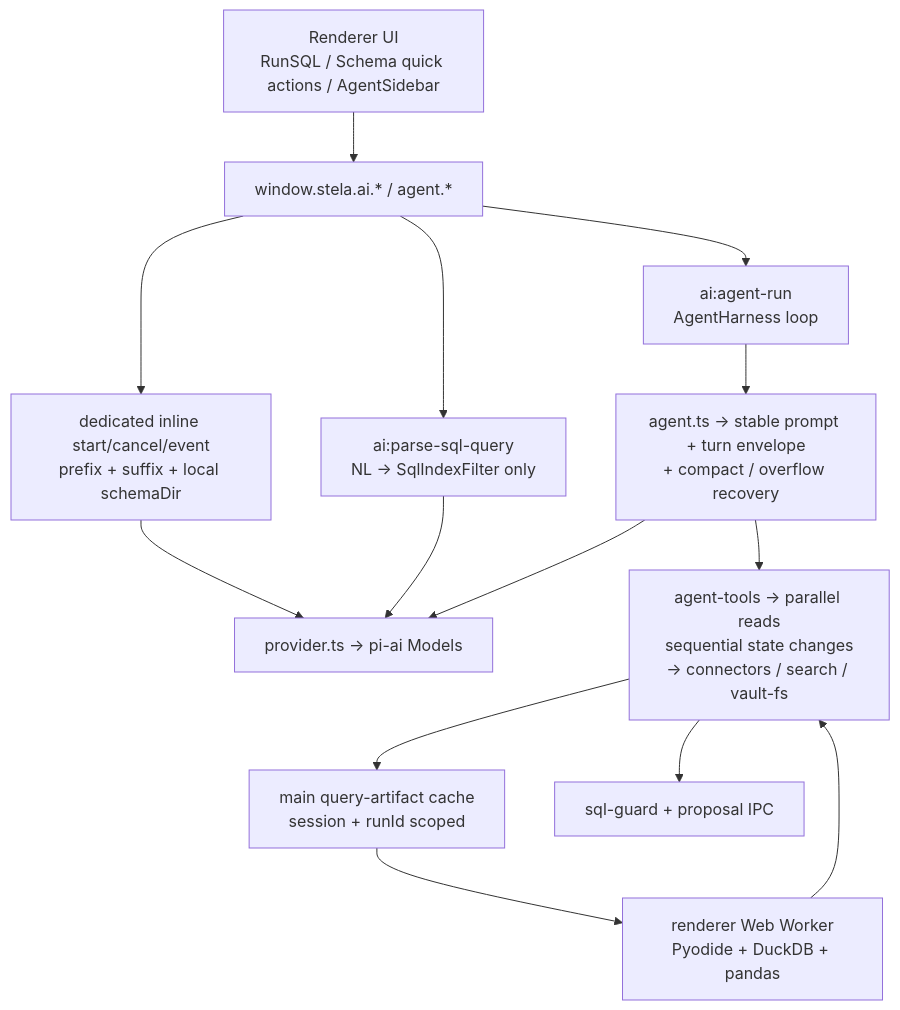
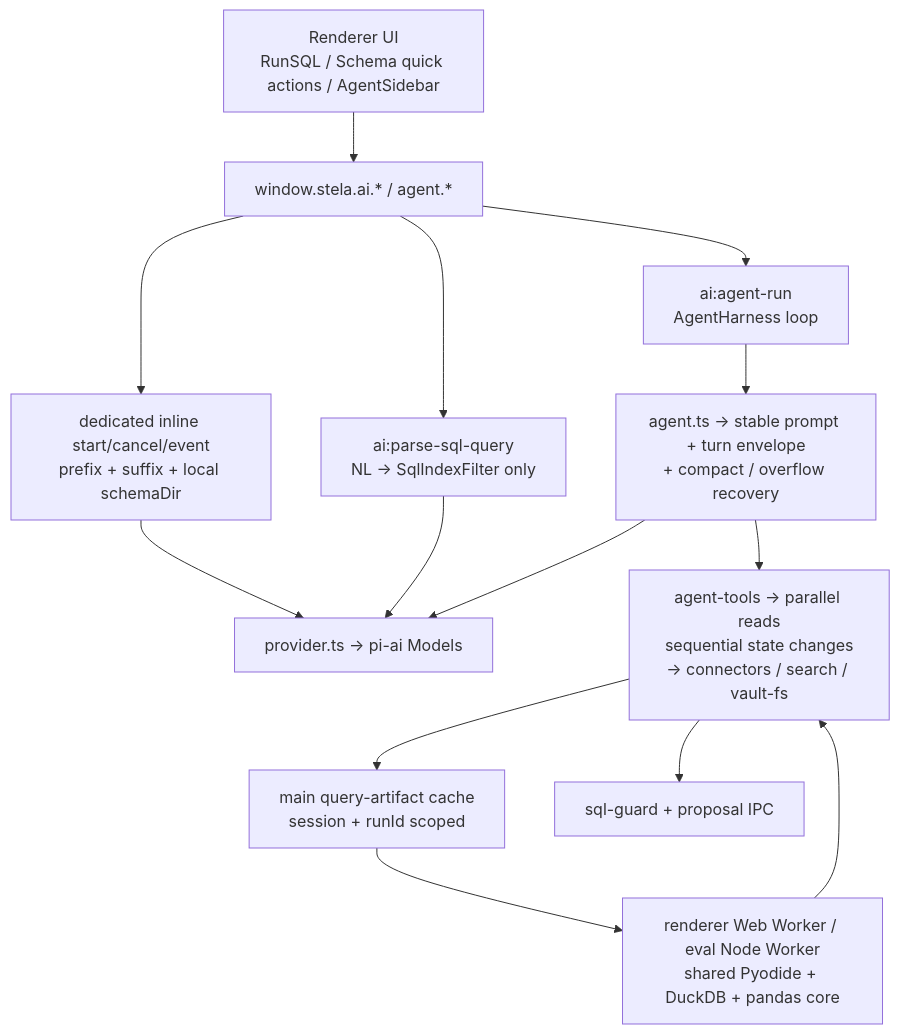
The second of 2 diagrams in docs/ARCHITECTURE.md (ay27/Stela), drawn with Mermaid before and after one commit. The commit also changed other lines of this file and 37 other files, not shown here.

````diff
--- a/docs/ARCHITECTURE.md
+++ b/docs/ARCHITECTURE.md
@@ -348,24 +351,24 @@
 ```mermaid
 flowchart TB
   UI["Renderer UI\nRunSQL / Schema quick actions / AgentSidebar"]
   PRE["window.stela.ai.* / agent.*"]
   INLINE["dedicated inline start/cancel/event\nprefix + suffix + local schemaDir"]
   PARSE["ai:parse-sql-query\nNL → SqlIndexFilter only"]
   AGENT["ai:agent-run\nAgentHarness loop"]
   PROV["provider.ts → pi-ai Models"]
   HARNESS["agent.ts → stable prompt + turn envelope\n+ compact / overflow recovery"]
   TOOLS["agent-tools → parallel reads\nsequential state changes\n→ connectors / search / vault-fs"]
   ART["main query-artifact cache\nsession + runId scoped"]
-  PY["renderer Web Worker\nPyodide + DuckDB + pandas"]
+  PY["renderer Web Worker / eval Node Worker\nshared Pyodide + DuckDB + pandas core"]
   GUARD["sql-guard + proposal IPC"]
 
   UI --> PRE
   PRE --> INLINE --> PROV
   PRE --> PARSE
   PRE --> AGENT
   PARSE --> PROV
   AGENT --> HARNESS --> PROV
   HARNESS --> TOOLS
   TOOLS --> GUARD
   TOOLS --> ART --> PY --> TOOLS
 ```
````
